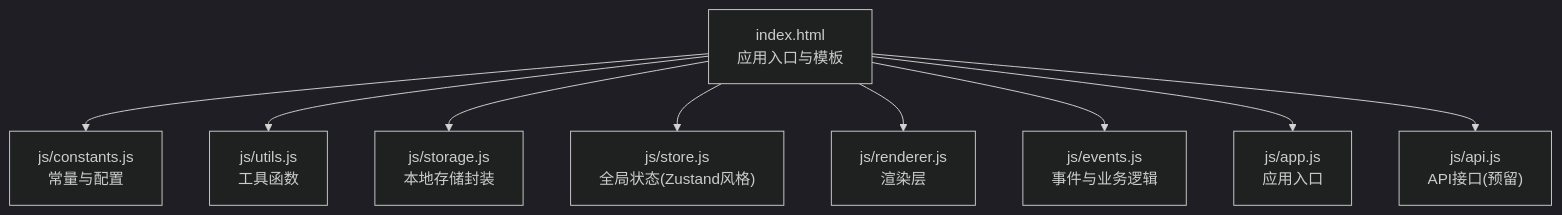
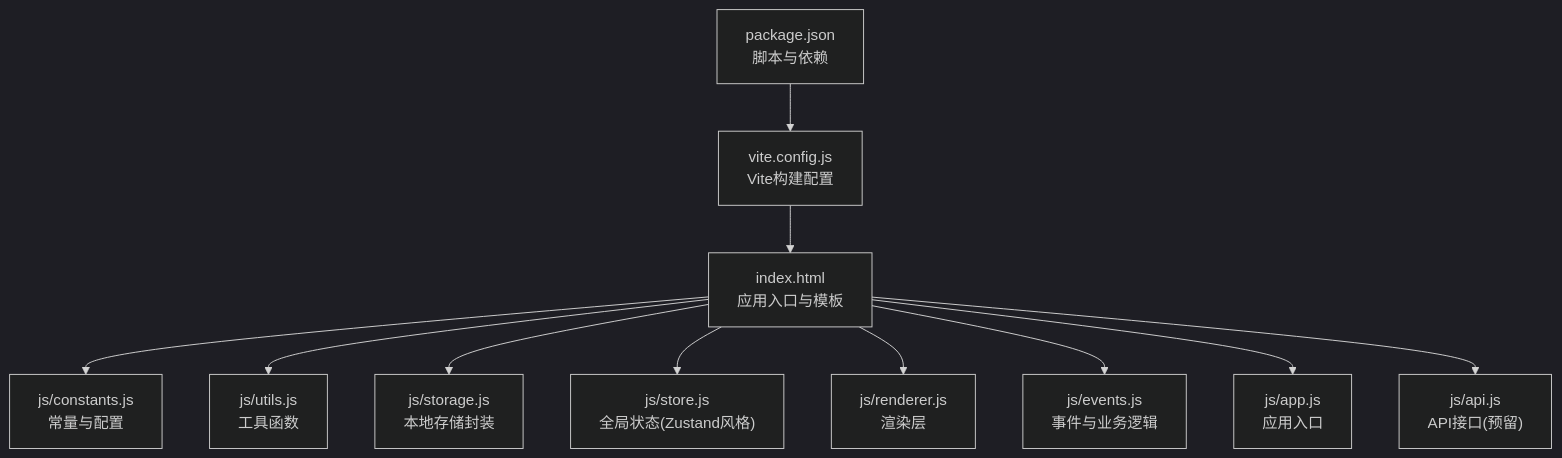
Before and after one commit to KAGUYA284/anima-list: the first of 7 diagrams in .qoder/repowiki/zh/content/技术架构/前端架构.md, drawn with Mermaid (dark theme). The commit also changed other lines of this file and 17 other files, not shown here.

````diff
--- a/.qoder/repowiki/zh/content/技术架构/前端架构.md
+++ b/.qoder/repowiki/zh/content/技术架构/前端架构.md
@@ -49,11 +62,13 @@
 ```mermaid
 graph TB
 A["index.html<br/>应用入口与模板"] --> B["js/constants.js<br/>常量与配置"]
 A --> C["js/utils.js<br/>工具函数"]
 A --> D["js/storage.js<br/>本地存储封装"]
 A --> E["js/store.js<br/>全局状态(Zustand风格)"]
 A --> F["js/renderer.js<br/>渲染层"]
 A --> G["js/events.js<br/>事件与业务逻辑"]
 A --> H["js/app.js<br/>应用入口"]
 A --> I["js/api.js<br/>API接口(预留)"]
+J["vite.config.js<br/>Vite构建配置"] --> A
+K["package.json<br/>脚本与依赖"] --> J
 ```
````
